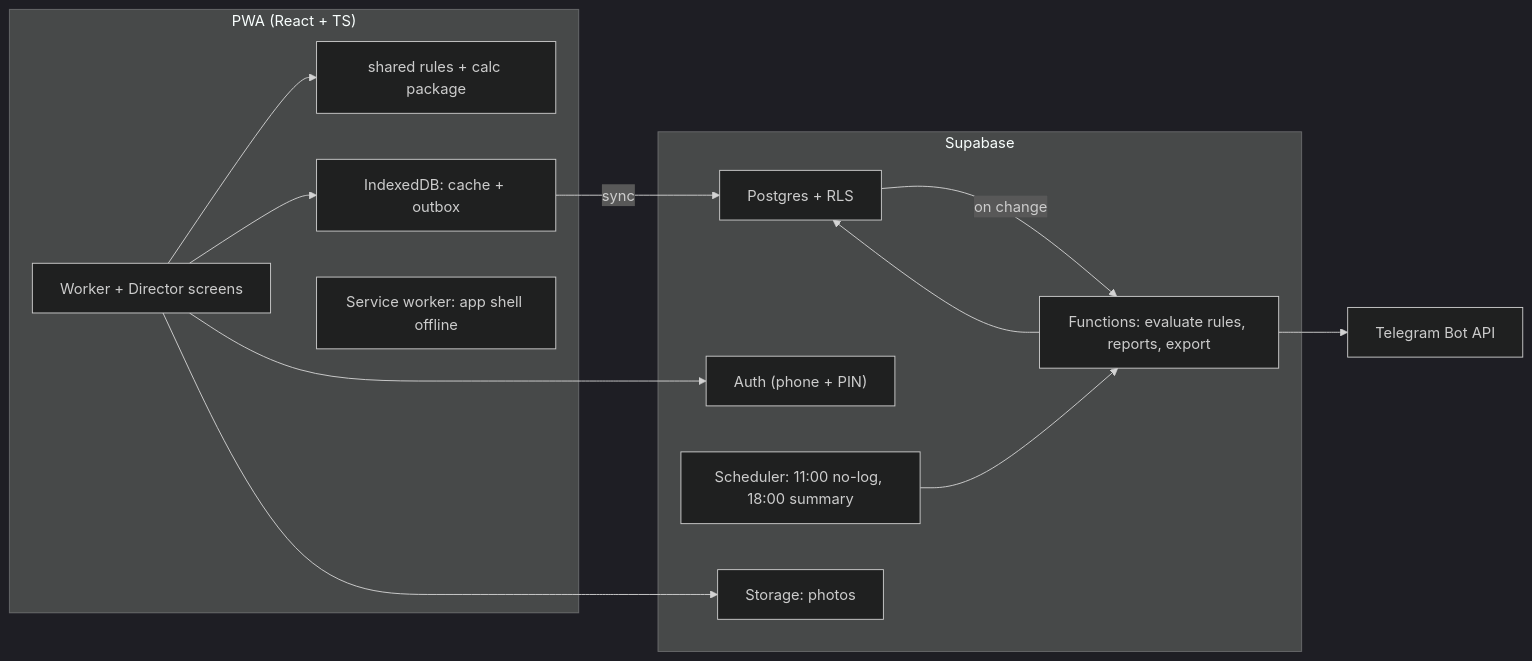
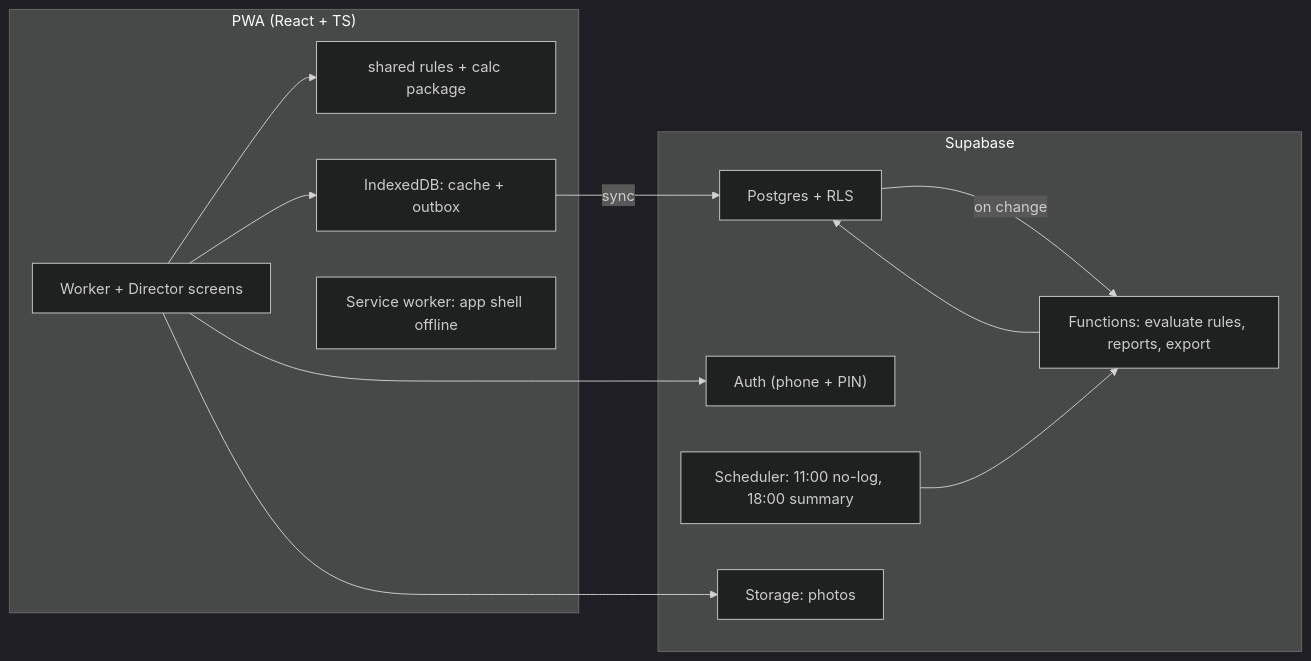
One commit to Nursul7an/poultry-farm changed the second of 3 diagrams in docs/tz-broiler-farm-app.md. Above: the diagram before and after it, drawn with Mermaid (dark theme). The commit also changed other lines of this file and 37 other files, not shown here.

````diff
--- a/docs/tz-broiler-farm-app.md
+++ b/docs/tz-broiler-farm-app.md
@@ -167,26 +164,24 @@
 ```mermaid
 flowchart LR
   subgraph Client["PWA (React + TS)"]
     UI["Worker + Director screens"]
     RULES["shared rules + calc package"]
     IDB["IndexedDB: cache + outbox"]
     SW["Service worker: app shell offline"]
   end
   subgraph Server["Supabase"]
     AUTH["Auth (phone + PIN)"]
     PG["Postgres + RLS"]
     FN["Functions: evaluate rules, reports, export"]
     CRON["Scheduler: 11:00 no-log, 18:00 summary"]
     ST["Storage: photos"]
   end
-  TG["Telegram Bot API"]
   UI --> RULES
   UI --> IDB
   IDB -->|sync| PG
   UI --> AUTH
   PG -->|on change| FN
   CRON --> FN
   FN --> PG
-  FN --> TG
   UI --> ST
 ```
````
